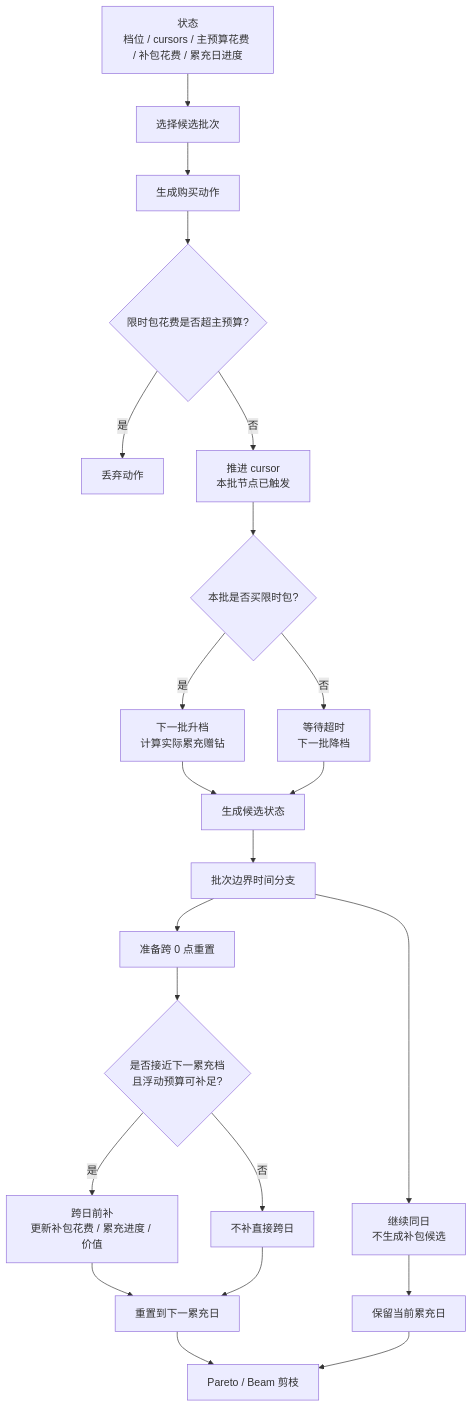
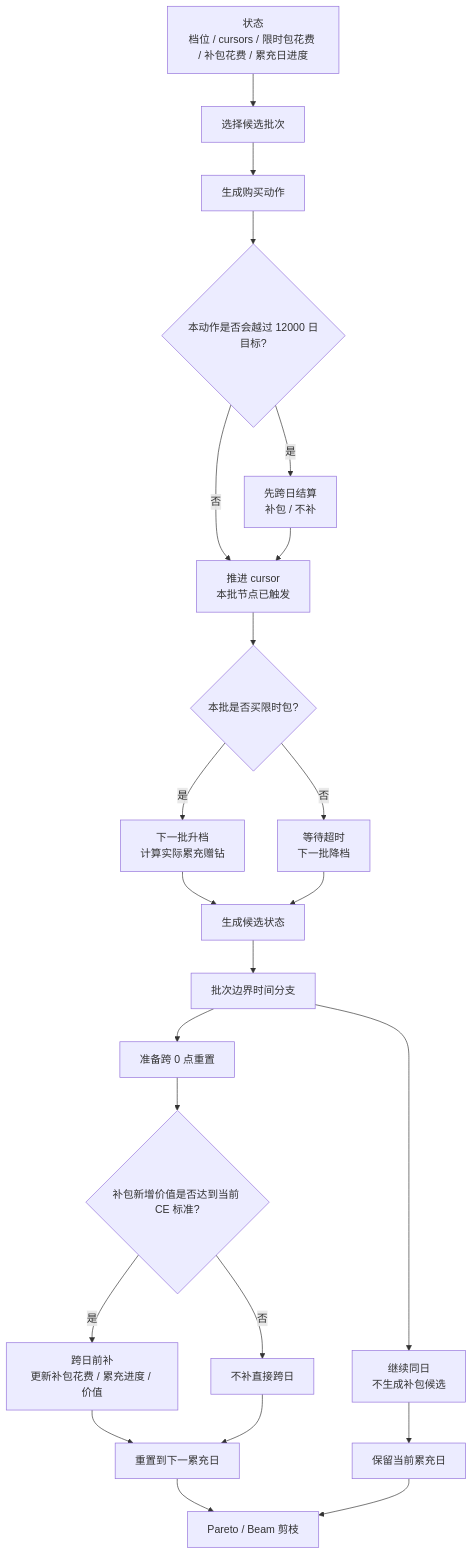
One commit to hitazuki/mementomori-calculator changed the third of 4 diagrams in doc/items/UltraSalePack/path-planning-visual.md. Above: the diagram before and after it, drawn with Mermaid. The commit also changed other lines of this file and 10 other files, not shown here.

````diff
--- a/doc/items/UltraSalePack/path-planning-visual.md
+++ b/doc/items/UltraSalePack/path-planning-visual.md
@@ -44,24 +44,25 @@
 ```mermaid
 flowchart TD
-  A["状态<br/>档位 / cursors / 主预算花费 / 补包花费 / 累充日进度"] --> B["选择候选批次"]
+  A["状态<br/>档位 / cursors / 限时包花费 / 补包花费 / 累充日进度"] --> B["选择候选批次"]
   B --> C["生成购买动作"]
-  C --> D{"限时包花费是否超主预算?"}
-  D -- "是" --> E["丢弃动作"]
+  C --> D{"本动作是否会越过 12000 日目标?"}
+  D -- "是" --> D1["先跨日结算<br/>补包 / 不补"]
   D -- "否" --> F["推进 cursor<br/>本批节点已触发"]
+  D1 --> F
   F --> G{"本批是否买限时包?"}
   G -- "是" --> H["下一批升档<br/>计算实际累充赠钻"]
   G -- "否" --> I["等待超时<br/>下一批降档"]
   H --> K["生成候选状态"]
   I --> K
   K --> L["批次边界时间分支"]
   L --> L1["继续同日<br/>不生成补包候选"]
   L --> L2["准备跨 0 点重置"]
-  L2 --> J{"是否接近下一累充档<br/>且浮动预算可补足?"}
+  L2 --> J{"补包新增价值是否达到当前 CE 标准?"}
   J -- "是" --> J1["跨日前补<br/>更新补包花费 / 累充进度 / 价值"]
   J -- "否" --> J2["不补直接跨日"]
   J1 --> M["重置到下一累充日"]
   J2 --> M
   L1 --> M2["保留当前累充日"]
   M --> N["Pareto / Beam 剪枝"]
   M2 --> N
 ```
````
